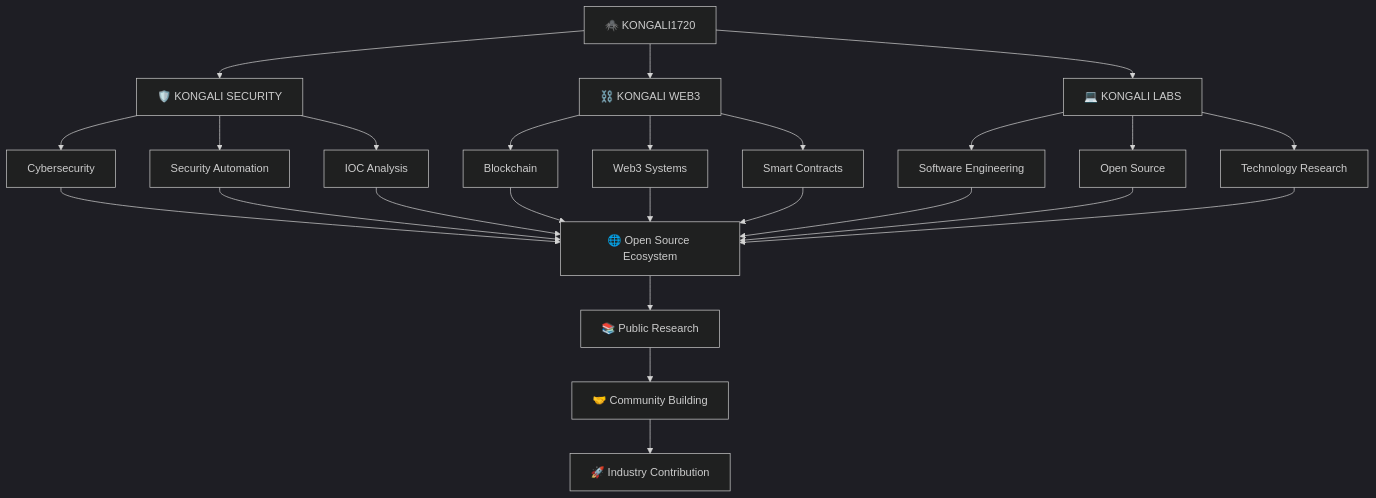
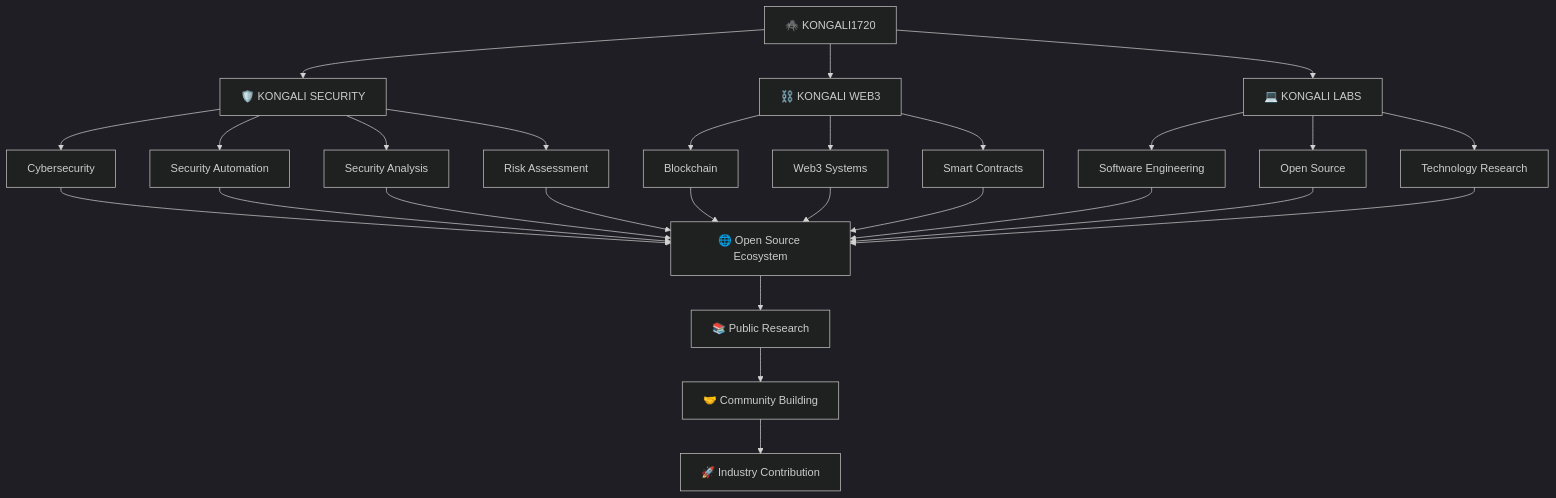
Before and after one commit to kongali1720/kongali-security: the diagram in README.md, drawn with Mermaid (dark theme). The commit also changed other lines of this file, not shown here.

````diff
--- a/README.md
+++ b/README.md
@@ -1106,34 +1598,36 @@
 ```mermaid
 flowchart TD
     A["🕷️ KONGALI1720"]
 
     A --> B["🛡️ KONGALI SECURITY"]
     A --> C["⛓️ KONGALI WEB3"]
     A --> D["💻 KONGALI LABS"]
 
     B --> B1["Cybersecurity"]
     B --> B2["Security Automation"]
-    B --> B3["IOC Analysis"]
+    B --> B3["Security Analysis"]
+    B --> B4["Risk Assessment"]
 
     C --> C1["Blockchain"]
     C --> C2["Web3 Systems"]
     C --> C3["Smart Contracts"]
 
     D --> D1["Software Engineering"]
     D --> D2["Open Source"]
     D --> D3["Technology Research"]
 
     B1 --> E["🌐 Open Source Ecosystem"]
     B2 --> E
     B3 --> E
+    B4 --> E
     C1 --> E
     C2 --> E
     C3 --> E
     D1 --> E
     D2 --> E
     D3 --> E
 
     E --> F["📚 Public Research"]
     F --> G["🤝 Community Building"]
     G --> H["🚀 Industry Contribution"]
 ```
````
